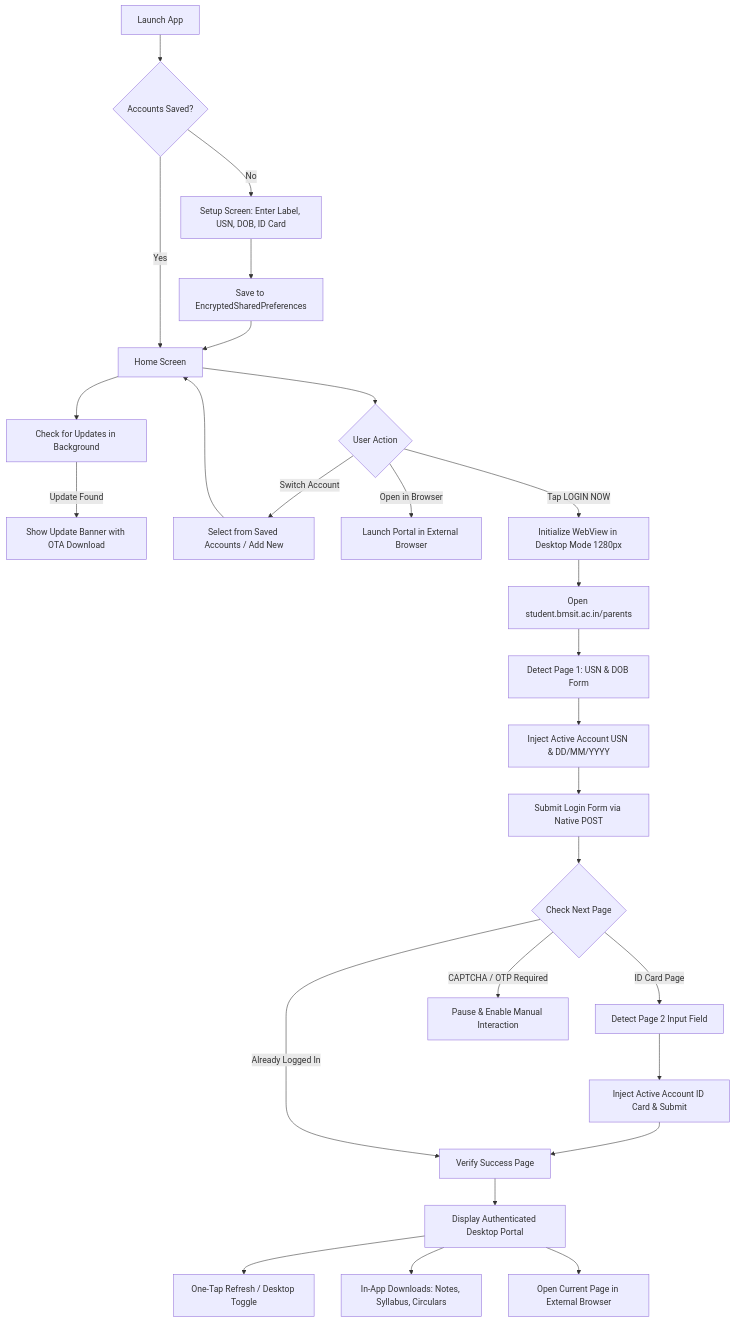
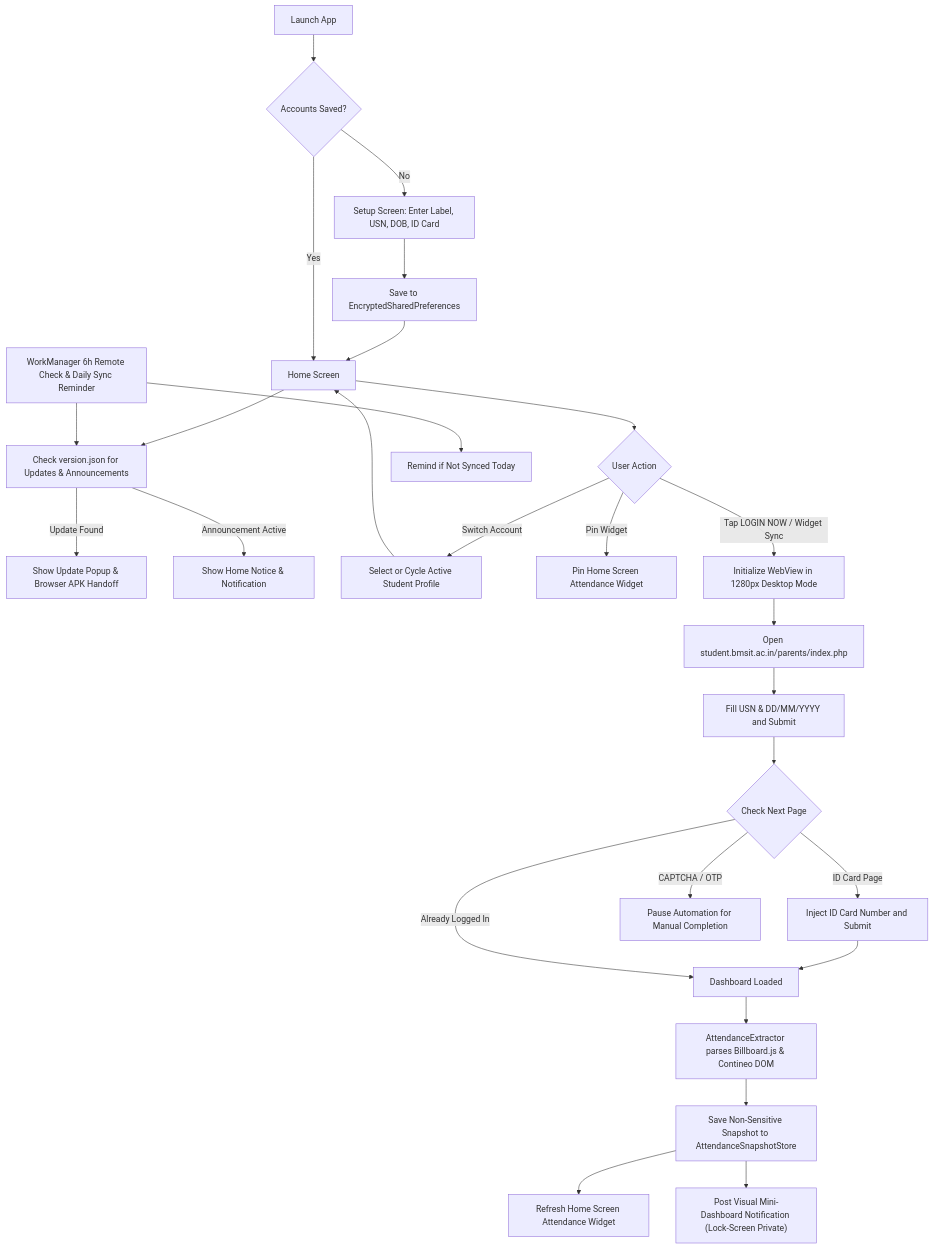
Before and after one commit to adityasing9/BMSIT-CP: the diagram in README.md, drawn with Mermaid. The commit also changed other lines of this file, not shown here.

Commit message:
docs: update README for attendance widget, notification alerts, remote announcements, and feedback system

````diff
--- a/README.md
+++ b/README.md
@@ -150,35 +154,34 @@
 ```mermaid
 flowchart TD
-    A[Launch App] --> B{Accounts Saved?}
-    B -- No --> C[Setup Screen: Enter Label, USN, DOB, ID Card]
-    C --> D[Save to EncryptedSharedPreferences]
-    D --> E[Home Screen]
-    B -- Yes --> E[Home Screen]
-    
-    E --> F[Check for Updates in Background]
-    F -- Update Found --> G[Show Update Banner with OTA Download]
-    
-    E --> H{User Action}
-    H -- Switch Account --> I[Select from Saved Accounts / Add New]
+    A["Launch App"] --> B{"Accounts Saved?"}
+    B -- No --> C["Setup Screen: Enter Label, USN, DOB, ID Card"]
+    C --> D["Save to EncryptedSharedPreferences"]
+    D --> E["Home Screen"]
+    B -- Yes --> E["Home Screen"]
+
+    E --> F["Check version.json for Updates & Announcements"]
+    F -- "Update Found" --> G["Show Update Popup & Browser APK Handoff"]
+    F -- "Announcement Active" --> AN["Show Home Notice & Notification"]
+
+    E --> H{"User Action"}
+    H -- "Switch Account" --> I["Select or Cycle Active Student Profile"]
     I --> E
-    H -- Open in Browser --> J[Launch Portal in External Browser]
-    H -- Tap LOGIN NOW --> K[Initialize WebView in Desktop Mode 1280px]
-    
-    K --> L[Open student.bmsit.ac.in/parents]
-    L --> M[Detect Page 1: USN & DOB Form]
-    M --> N[Inject Active Account USN & DD/MM/YYYY]
-    N --> O[Submit Login Form via Native POST]
-    
-    O --> P{Check Next Page}
-    P -- ID Card Page --> Q[Detect Page 2 Input Field]
-    Q --> R[Inject Active Account ID Card & Submit]
-    R --> S[Verify Success Page]
-    
-    P -- Already Logged In --> S[Verify Success Page]
-    P -- CAPTCHA / OTP Required --> T[Pause & Enable Manual Interaction]
-    
-    S --> U[Display Authenticated Desktop Portal]
-    U --> V[One-Tap Refresh / Desktop Toggle]
-    U --> W[In-App Downloads: Notes, Syllabus, Circulars]
-    U --> X[Open Current Page in External Browser]
+    H -- "Pin Widget" --> WG["Pin Home Screen Attendance Widget"]
+    H -- "Tap LOGIN NOW / Widget Sync" --> K["Initialize WebView in 1280px Desktop Mode"]
+
+    K --> L["Open student.bmsit.ac.in/parents/index.php"]
+    L --> M["Fill USN & DD/MM/YYYY and Submit"]
+    M --> P{"Check Next Page"}
+    P -- "ID Card Page" --> Q["Inject ID Card Number and Submit"]
+    Q --> S["Dashboard Loaded"]
+    P -- "Already Logged In" --> S["Dashboard Loaded"]
+    P -- "CAPTCHA / OTP" --> T["Pause Automation for Manual Completion"]
+
+    S --> EX["AttendanceExtractor parses Billboard.js & Contineo DOM"]
+    EX --> ST["Save Non-Sensitive Snapshot to AttendanceSnapshotStore"]
+    ST --> WG2["Refresh Home Screen Attendance Widget"]
+    ST --> NF["Post Visual Mini-Dashboard Notification (Lock-Screen Private)"]
+
+    BG["WorkManager 6h Remote Check & Daily Sync Reminder"] --> F
+    BG --> RM["Remind if Not Synced Today"]
 ```
````
